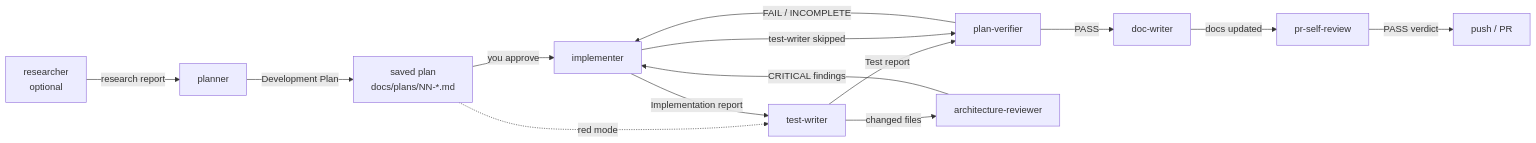
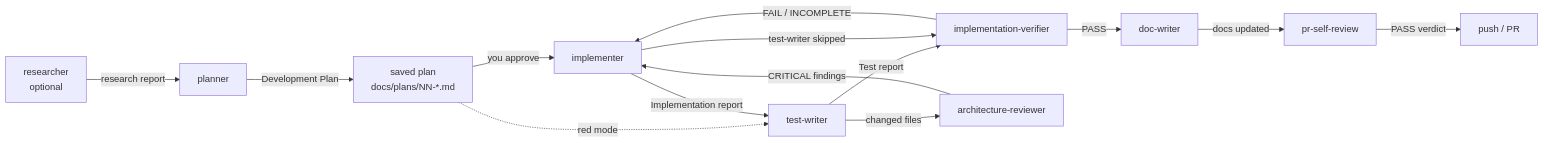
The diagram in .claude/agents/README.md (artemmmon/dev-digest), drawn with Mermaid before and after one commit. The commit also changed other lines of this file and 4 other files, not shown here.

First line of the commit message:
refactor: rename plan-verifier to implementation-verifier

````diff
--- a/.claude/agents/README.md
+++ b/.claude/agents/README.md
@@ -51,16 +51,16 @@
 ```mermaid
 flowchart LR
   R[researcher<br/>optional] -->|research report| P[planner]
   P -->|Development Plan| S[saved plan<br/>docs/plans/NN-*.md]
   S -->|you approve| I[implementer]
   S -.->|red mode| TW[test-writer]
   I -->|Implementation report| TW
-  TW -->|Test report| PV[plan-verifier]
+  TW -->|Test report| PV[implementation-verifier]
   TW -->|changed files| AR[architecture-reviewer]
   I -->|test-writer skipped| PV
   AR -->|CRITICAL findings| I
   PV -->|FAIL / INCOMPLETE| I
   PV -->|PASS| DW[doc-writer]
   DW -->|docs updated| SR[pr-self-review]
   SR -->|PASS verdict| PUSH[push / PR]
 ```
````
